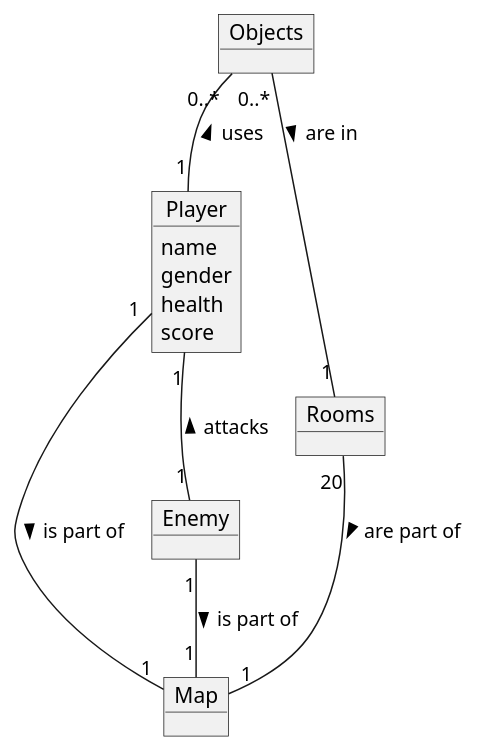
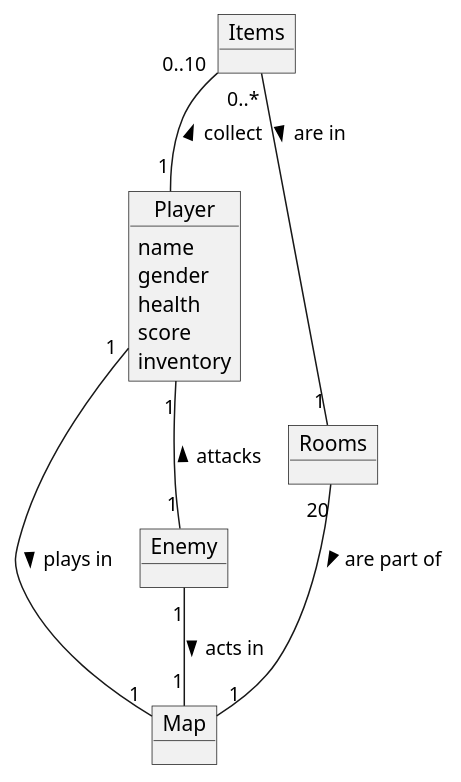
Before and after one commit to nardib/TextAdventure: the diagram in Diagrams/DomainModel.plantuml, drawn with PlantUML. The commit also changed 5 other files, not shown here.

Commit message:
Little modifications to Diagrams and added inventory and it's relative methods in Player class

```diff
--- a/Diagrams/DomainModel.plantuml
+++ b/Diagrams/DomainModel.plantuml
@@ -1,22 +1,23 @@
-@startuml
+@startuml DomainModel
 
     object Player{
         name
         gender
         health
         score
+        inventory
     }
 
     object Map
     object Rooms
     object Enemy
-    object Objects
+    object Items
 
     Player "1" -- "1" Enemy : attacks < 
     Rooms "20" -- "1" Map : are part of >
-    Objects "0..*" -- "1" Player : uses <
-    Enemy "1" -- "1" Map : is part of >
-    Player "1" -- "1" Map : is part of >
-    Objects "0..*" -- "1" Rooms : are in >
+    Items "0..10" -- "1" Player : collect <
+    Enemy "1" -- "1" Map : acts in >
+    Player "1" -- "1" Map : plays in >
+    Items "0..*" -- "1" Rooms : are in >
 
 @enduml
```
